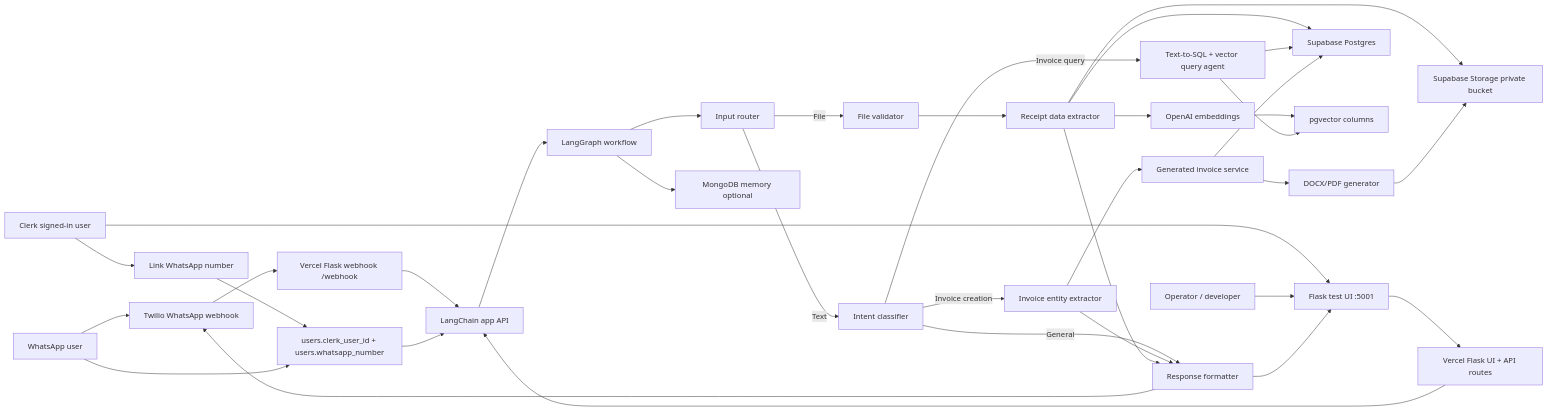
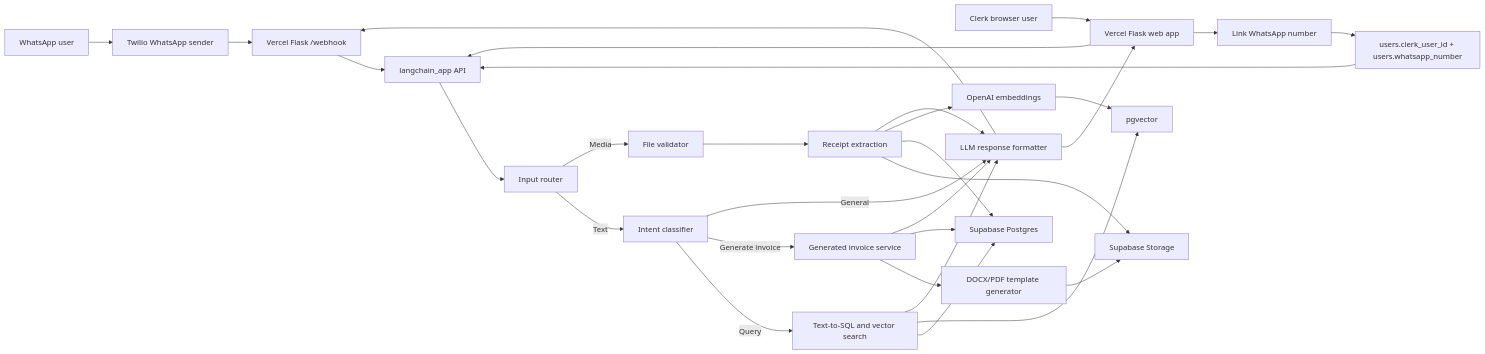
Before and after one commit to Abby263/whatsapp-invoice-assistant: the diagram in README.md, drawn with Mermaid. The commit also changed other lines of this file and 45 other files, not shown here.

````diff
--- a/README.md
+++ b/README.md
@@ -55,43 +48,38 @@
 ```mermaid
 flowchart LR
-    W["WhatsApp user"] --> T["Twilio WhatsApp webhook"]
-    C["Clerk signed-in user"] --> UI
-    C --> LINK["Link WhatsApp number"]
-    LINK --> UMAP["users.clerk_user_id + users.whatsapp_number"]
-    W --> UMAP
-    O["Operator / developer"] --> UI["Flask test UI :5001"]
+    W["WhatsApp user"] --> TW["Twilio WhatsApp sender"]
+    TW --> WH["Vercel Flask /webhook"]
+    B["Clerk browser user"] --> UI["Vercel Flask web app"]
+    UI --> LINK["Link WhatsApp number"]
 
-    T --> API["Vercel Flask webhook /webhook"]
-    UI --> UIF["Vercel Flask UI + API routes"]
-    UIF --> LAPI["LangChain app API"]
-    API --> LAPI
-    UMAP --> LAPI
+    WH --> API["langchain_app API"]
+    UI --> API
+    LINK --> USER["users.clerk_user_id + users.whatsapp_number"]
+    USER --> API
 
-    LAPI --> WF["LangGraph workflow"]
-    WF --> R["Input router"]
-    R -->|Text| IC["Intent classifier"]
-    R -->|File| FV["File validator"]
+    API --> ROUTER["Input router"]
+    ROUTER -->|Text| INTENT["Intent classifier"]
+    ROUTER -->|Media| VALIDATE["File validator"]
 
-    IC -->|Invoice query| SQL["Text-to-SQL + vector query agent"]
-    IC -->|Invoice creation| IE["Invoice entity extractor"]
-    IC -->|General| RF["Response formatter"]
+    VALIDATE --> EXTRACT["Receipt extraction"]
+    EXTRACT --> STORE["Supabase Storage"]
+    EXTRACT --> DB["Supabase Postgres"]
+    EXTRACT --> EMB["OpenAI embeddings"]
+    EMB --> VEC["pgvector"]
 
-    FV --> DE["Receipt data extractor"]
-    DE --> ST["Supabase Storage private bucket"]
-    DE --> PG["Supabase Postgres"]
-    DE --> EMB["OpenAI embeddings"]
-    EMB --> VEC["pgvector columns"]
+    INTENT -->|Query| SQL["Text-to-SQL and vector search"]
+    SQL --> DB
+    SQL --> VEC
 
-    SQL --> PG
-    SQL --> VEC
-    IE --> GINV["Generated invoice service"]
-    GINV --> GT["DOCX/PDF generator"]
-    GT --> ST
-    GINV --> PG
-    IE --> RF
-    DE --> RF
-    RF --> T
-    RF --> UI
+    INTENT -->|Generate invoice| GEN["Generated invoice service"]
+    GEN --> DOC["DOCX/PDF template generator"]
+    DOC --> STORE
+    GEN --> DB
 
-    WF --> MEM["MongoDB memory optional"]
+    INTENT -->|General| RESP["LLM response formatter"]
+    EXTRACT --> RESP
+    SQL --> RESP
+    GEN --> RESP
+    RESP --> WH
+    RESP --> UI
 ```
````
